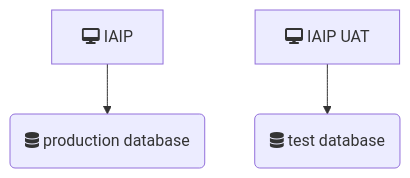
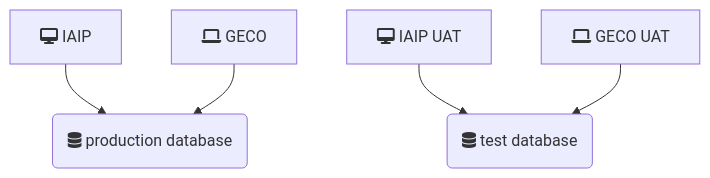
One commit to gaepdit/iaip changed the diagram in www/uat/index.md. Above: the diagram before and after it, drawn with Mermaid. The commit also changed 3 other files, not shown here.

Commit message:
Add GECO to UAT/Dev IAIP diagrams

```diff
--- a/www/uat/index.md
+++ b/www/uat/index.md
@@ -17,5 +17,7 @@
 <pre class="mermaid">
 graph TD;
     A[fa:fa-desktop IAIP] --> B(fa:fa-database production database);
+    G[fa:fa-laptop GECO] --> B;
     C[fa:fa-desktop IAIP UAT] --> D(fa:fa-database test database);
+    H[fa:fa-laptop GECO UAT] --> D;
 </pre>
```
